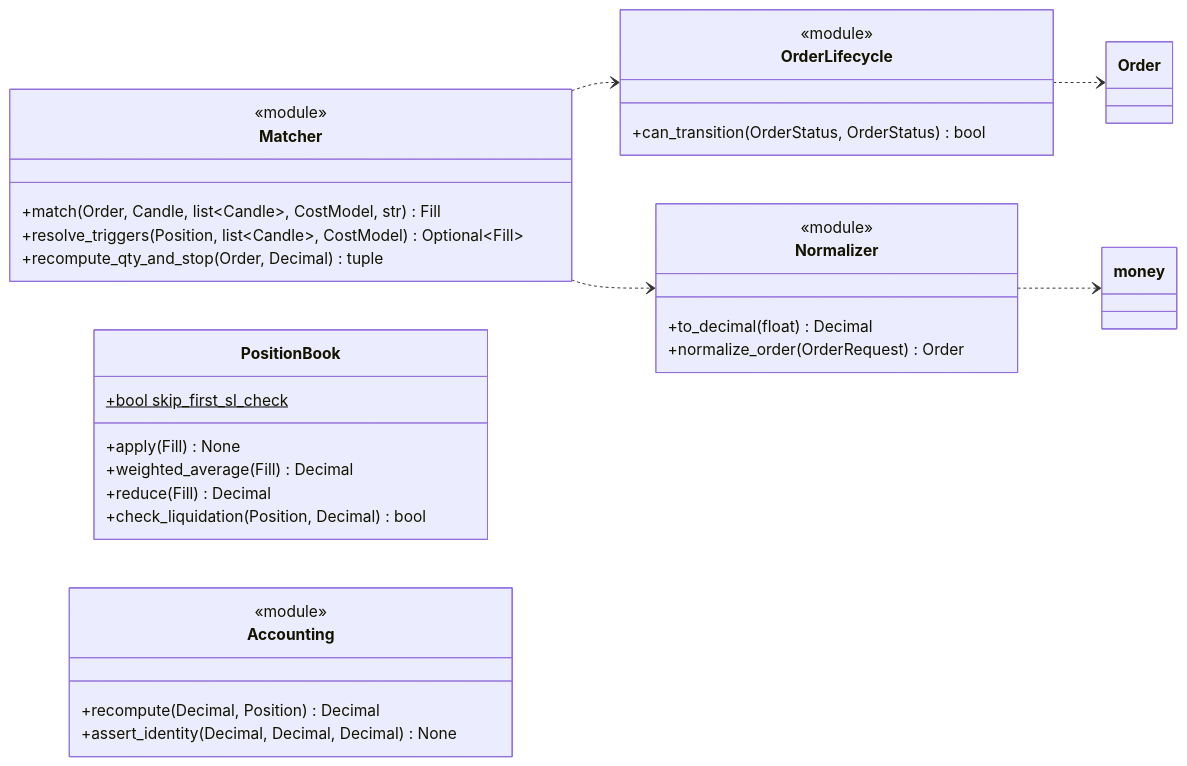
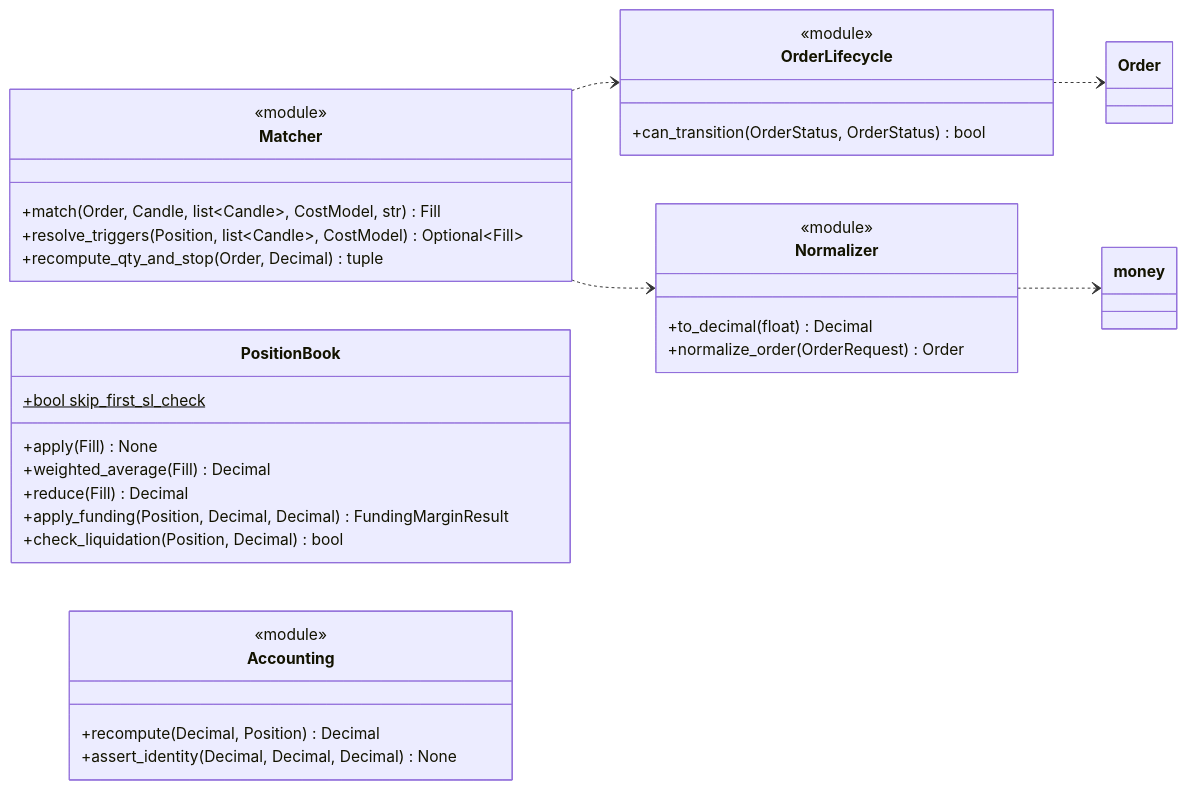
One commit to vessel35/trading-system-v2 changed diagram 12 of 28 in docs/fullspec/backtest_v2_detailed_design.md. Above: the diagram before and after it, drawn with Mermaid. The commit also changed other lines of this file and 1 other file, not shown here.

````diff
--- a/docs/fullspec/backtest_v2_detailed_design.md
+++ b/docs/fullspec/backtest_v2_detailed_design.md
@@ -1921,35 +1922,36 @@
 ```mermaid
 classDiagram
     direction LR
     class OrderLifecycle {
         <<module>>
         +can_transition(OrderStatus, OrderStatus) bool
     }
     class Matcher {
         <<module>>
         +match(Order, Candle, list~Candle~, CostModel, str) Fill
         +resolve_triggers(Position, list~Candle~, CostModel) Optional~Fill~
         +recompute_qty_and_stop(Order, Decimal) tuple
     }
     class PositionBook {
         +apply(Fill) None
         +weighted_average(Fill) Decimal
         +reduce(Fill) Decimal
+        +apply_funding(Position, Decimal, Decimal) FundingMarginResult
         +check_liquidation(Position, Decimal) bool
         +bool skip_first_sl_check$
     }
     class Accounting {
         <<module>>
         +recompute(Decimal, Position) Decimal
         +assert_identity(Decimal, Decimal, Decimal) None
     }
     class Normalizer {
         <<module>>
         +to_decimal(float) Decimal
         +normalize_order(OrderRequest) Order
     }
     Matcher ..> OrderLifecycle
     Matcher ..> Normalizer
     OrderLifecycle ..> Order
     Normalizer ..> money
 ```
````
